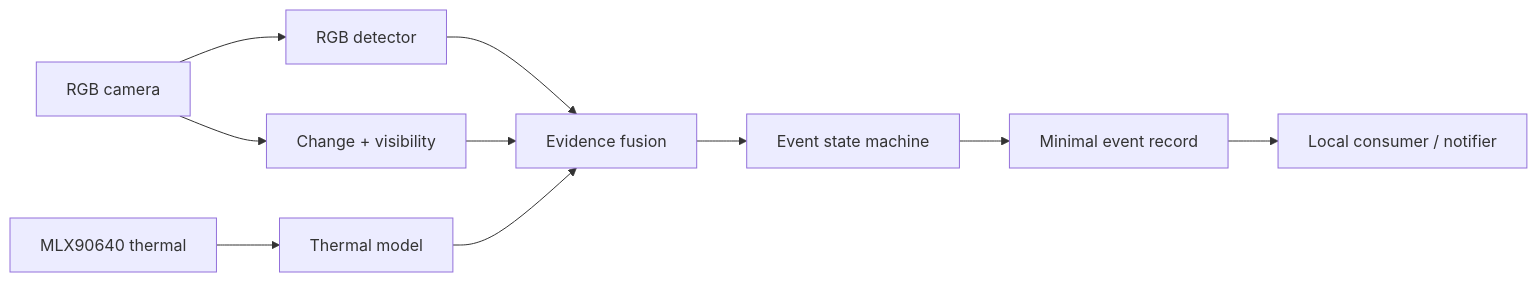
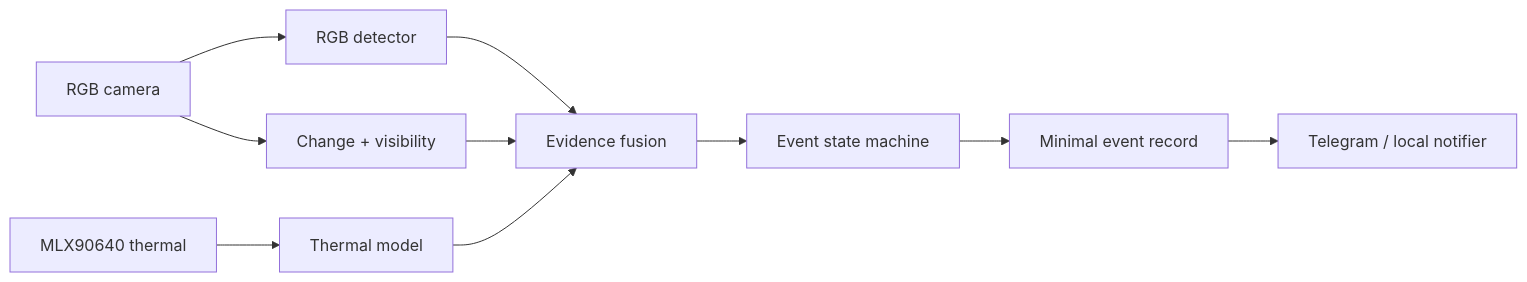
One commit to tharankanth03/VISIONSHIELD changed the diagram in docs/ARCHITECTURE.md. Above: the diagram before and after it, drawn with Mermaid. The commit also changed other lines of this file and 10 other files, not shown here.

````diff
--- a/docs/ARCHITECTURE.md
+++ b/docs/ARCHITECTURE.md
@@ -5,12 +5,12 @@
 ```mermaid
 flowchart LR
   RGB[RGB camera] --> R[RGB detector]
   TH[MLX90640 thermal] --> T[Thermal model]
   R --> F[Evidence fusion]
   T --> F
   RGB --> C[Change + visibility]
   C --> F
   F --> S[Event state machine]
   S --> E[Minimal event record]
-  E --> D[Local consumer / notifier]
+  E --> D[Telegram / local notifier]
 ```
````
